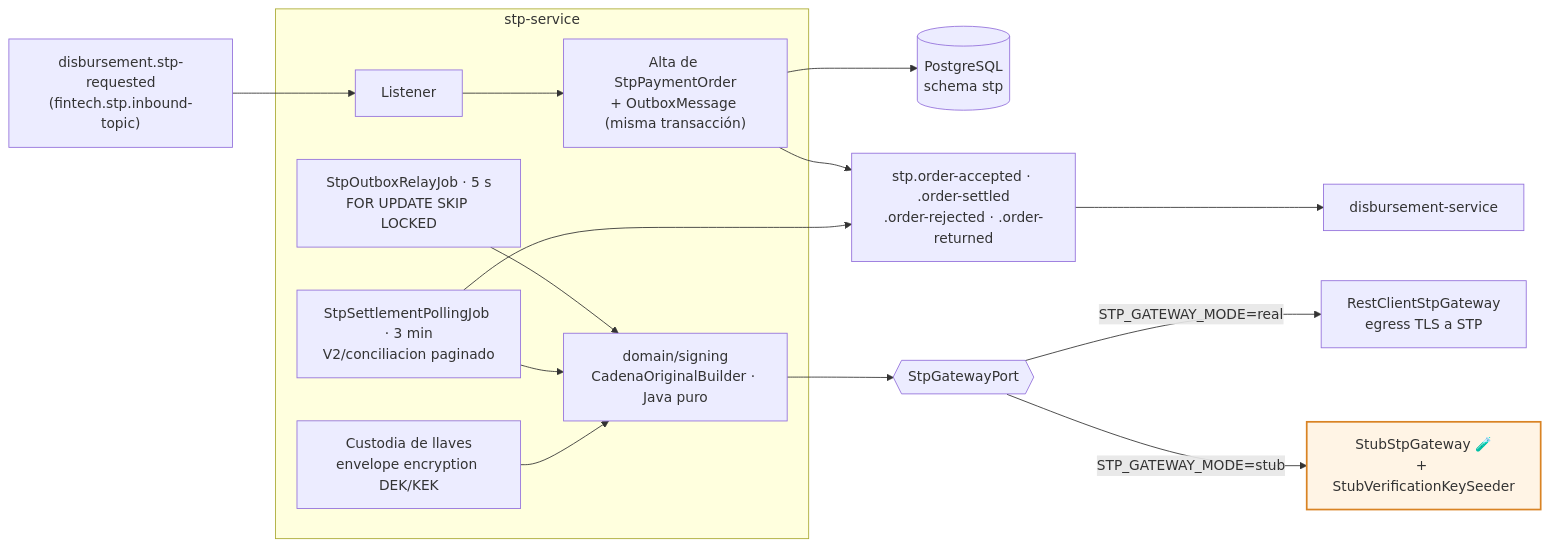
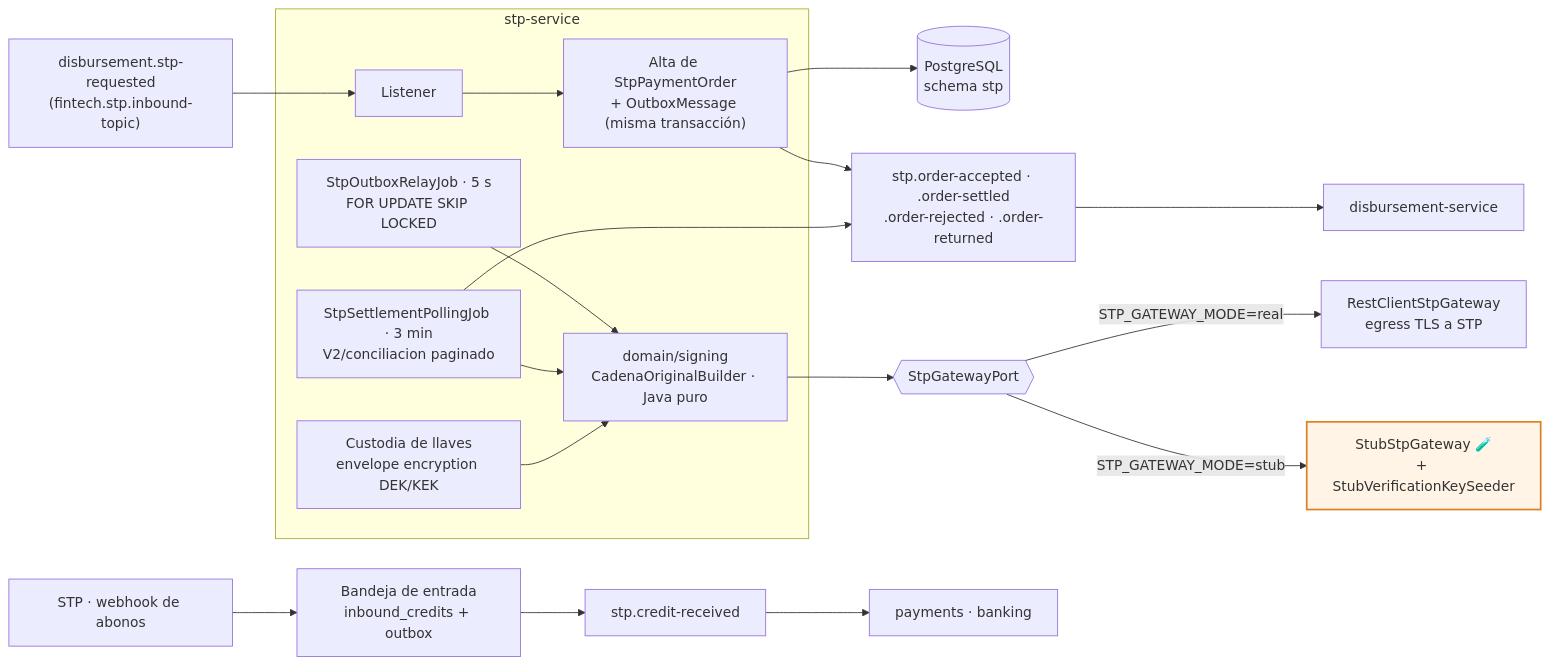
Before and after one commit to Emmanuel93/fintech-services: the first of 5 diagrams in services/stp-service/README.md, drawn with Mermaid. The commit also changed other lines of this file and 62 other files, not shown here.

````diff
--- a/services/stp-service/README.md
+++ b/services/stp-service/README.md
@@ -22,25 +22,28 @@
 ```mermaid
 flowchart LR
     IN["disbursement.stp-requested<br/>(fintech.stp.inbound-topic)"] --> L["Listener"]
 
     subgraph svc["stp-service"]
         L --> APP["Alta de StpPaymentOrder<br/>+ OutboxMessage (misma transacción)"]
         RELAY["StpOutboxRelayJob · 5 s<br/>FOR UPDATE SKIP LOCKED"]
         POLL["StpSettlementPollingJob · 3 min<br/>V2/conciliacion paginado"]
         SIGN["domain/signing<br/>CadenaOriginalBuilder · Java puro"]
         KEYS["Custodia de llaves<br/>envelope encryption DEK/KEK"]
     end
 
     APP --> DB[("PostgreSQL<br/>schema stp")]
     RELAY --> SIGN --> GW{{"StpGatewayPort"}}
     POLL --> SIGN
     GW -->|"STP_GATEWAY_MODE=real"| REAL["RestClientStpGateway<br/>egress TLS a STP"]
     GW -->|"STP_GATEWAY_MODE=stub"| STUB["StubStpGateway 🧪<br/>+ StubVerificationKeySeeder"]
     KEYS --> SIGN
     APP --> OUT["stp.order-accepted · .order-settled<br/>.order-rejected · .order-returned"]
     POLL --> OUT
     OUT --> D["disbursement-service"]
+    WH["STP · webhook de abonos"] --> INB["Bandeja de entrada<br/>inbound_credits + outbox"]
+    INB --> CR["stp.credit-received"]
+    CR --> PAY["payments · banking"]
 
     classDef mock fill:#fff4e5,stroke:#d98324,stroke-width:2px;
     class STUB mock
 ```
````
